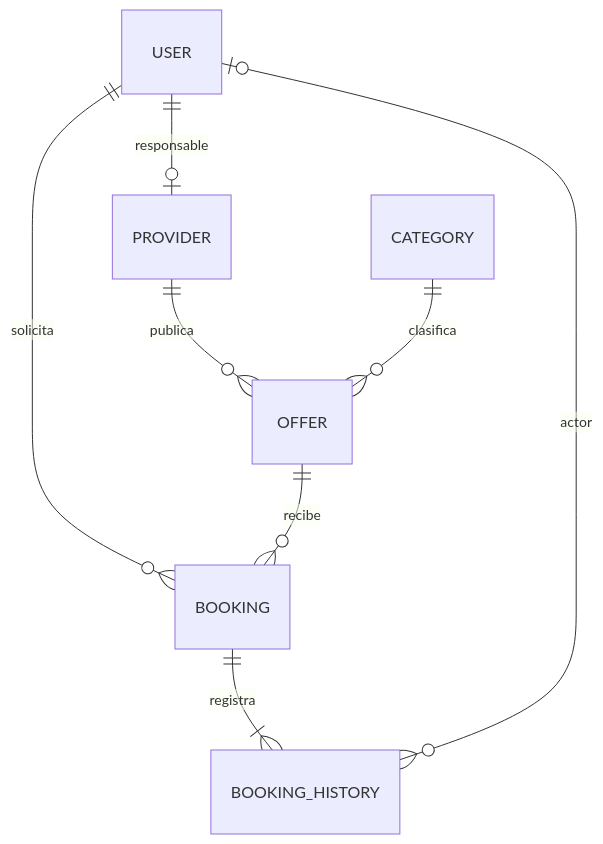
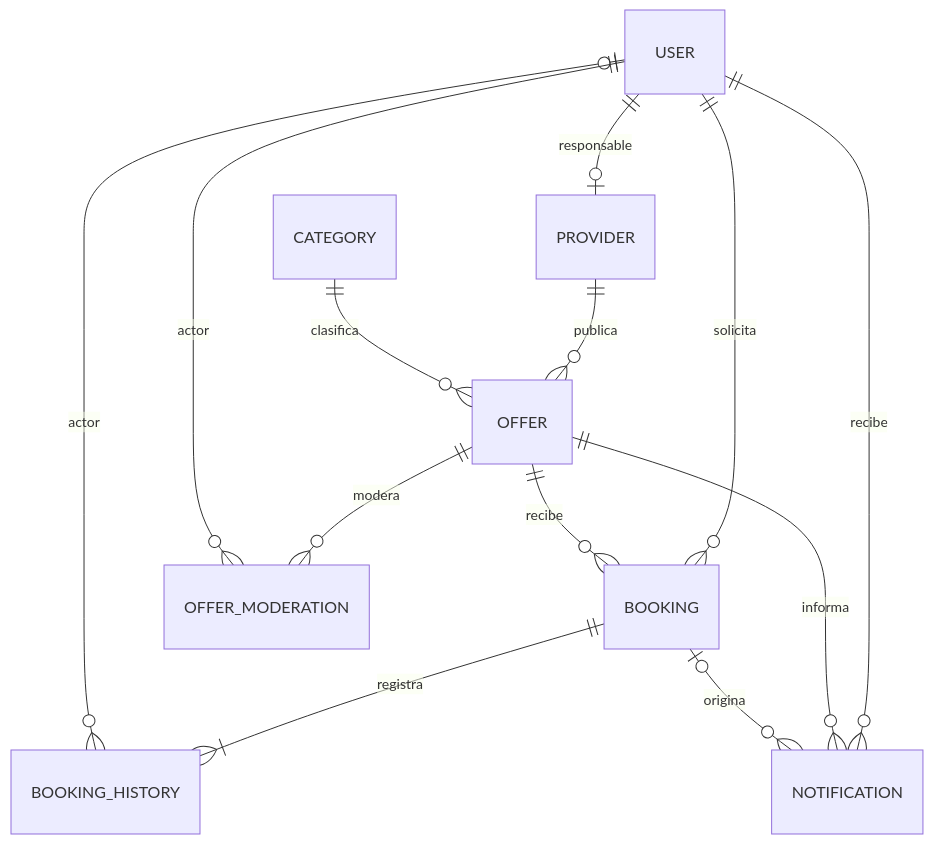
One commit to rherrainz/ushlm changed the diagram in README.md. Above: the diagram before and after it, drawn with Mermaid. The commit also changed other lines of this file and 33 other files, not shown here.

````diff
--- a/README.md
+++ b/README.md
@@ -75,10 +75,15 @@
 ```mermaid
 erDiagram
     USER ||--o| PROVIDER : responsable
     PROVIDER ||--o{ OFFER : publica
     CATEGORY ||--o{ OFFER : clasifica
     USER ||--o{ BOOKING : solicita
     OFFER ||--o{ BOOKING : recibe
     BOOKING ||--|{ BOOKING_HISTORY : registra
     USER o|--o{ BOOKING_HISTORY : actor
+    OFFER ||--o{ OFFER_MODERATION : modera
+    USER ||--o{ OFFER_MODERATION : actor
+    USER ||--o{ NOTIFICATION : recibe
+    OFFER ||--o{ NOTIFICATION : informa
+    BOOKING o|--o{ NOTIFICATION : origina
 ```
````
